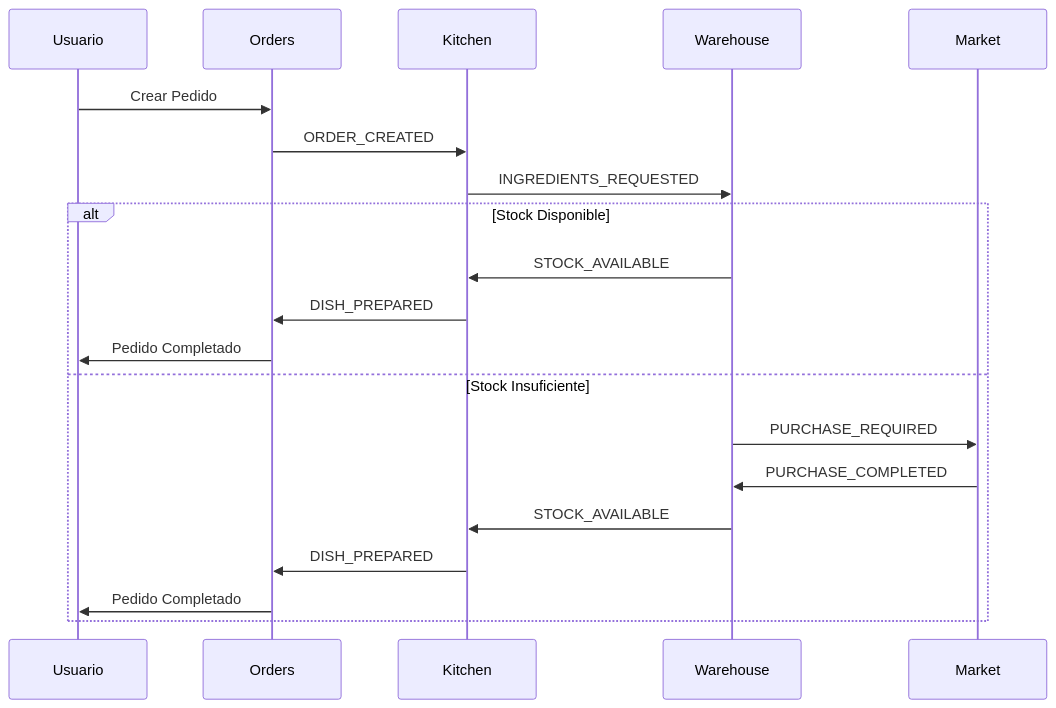
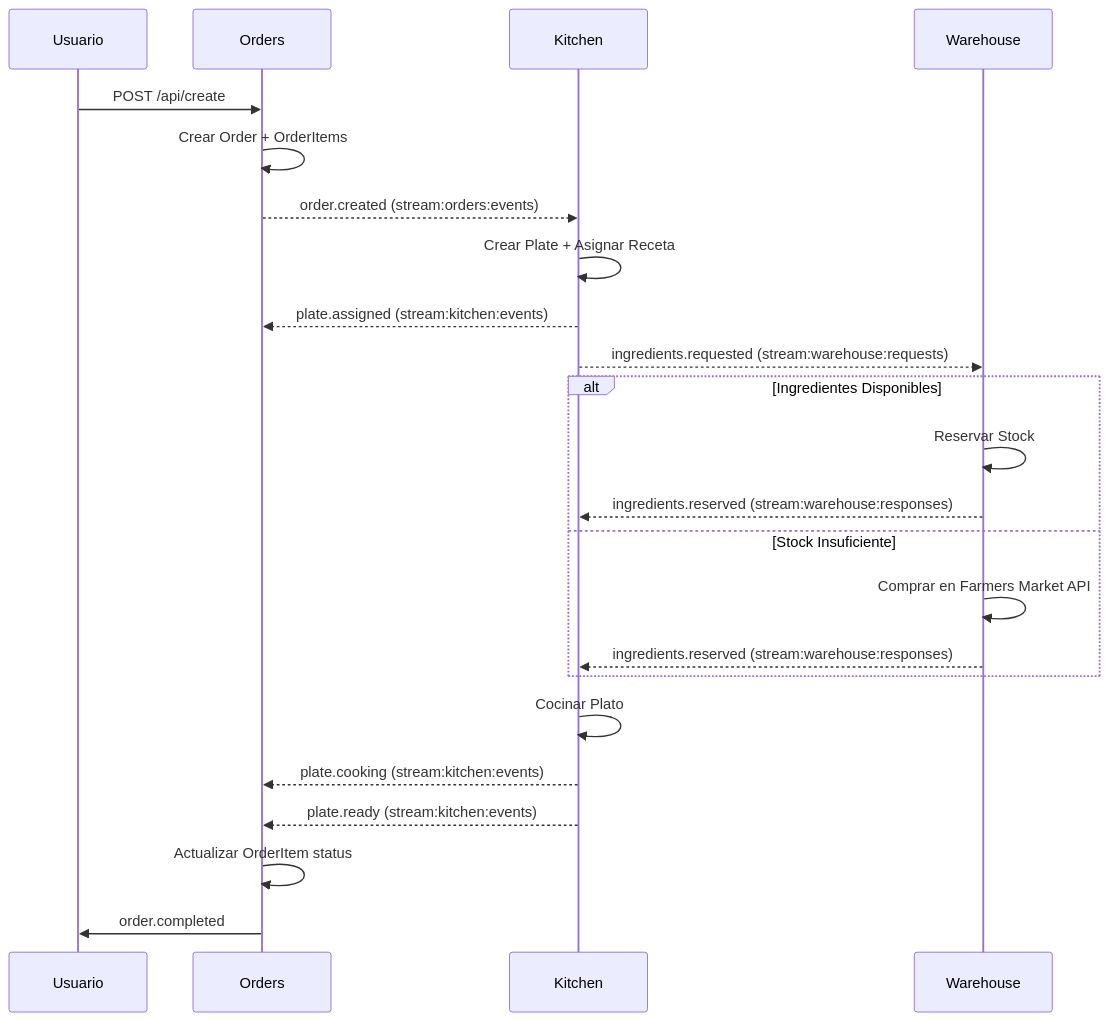
Before and after one commit to llulioscesar/freelunch: the diagram in README.md, drawn with Mermaid. The commit also changed other lines of this file and 15 other files, not shown here.

````diff
--- a/README.md
+++ b/README.md
@@ -322,23 +252,30 @@
 ```mermaid
 sequenceDiagram
     participant U as Usuario
     participant O as Orders
     participant K as Kitchen
     participant W as Warehouse
-    participant M as Market
 
-    U->>O: Crear Pedido
-    O->>K: ORDER_CREATED
-    K->>W: INGREDIENTS_REQUESTED
-    alt Stock Disponible
-        W->>K: STOCK_AVAILABLE
-        K->>O: DISH_PREPARED
-        O->>U: Pedido Completado
+    U->>O: POST /api/create
+    O->>O: Crear Order + OrderItems
+    O-->>K: order.created (stream:orders:events)
+
+    K->>K: Crear Plate + Asignar Receta
+    K-->>O: plate.assigned (stream:kitchen:events)
+    K-->>W: ingredients.requested (stream:warehouse:requests)
+
+    alt Ingredientes Disponibles
+        W->>W: Reservar Stock
+        W-->>K: ingredients.reserved (stream:warehouse:responses)
     else Stock Insuficiente
-        W->>M: PURCHASE_REQUIRED
-        M->>W: PURCHASE_COMPLETED
-        W->>K: STOCK_AVAILABLE
-        K->>O: DISH_PREPARED
-        O->>U: Pedido Completado
+        W->>W: Comprar en Farmers Market API
+        W-->>K: ingredients.reserved (stream:warehouse:responses)
     end
+
+    K->>K: Cocinar Plato
+    K-->>O: plate.cooking (stream:kitchen:events)
+    K-->>O: plate.ready (stream:kitchen:events)
+
+    O->>O: Actualizar OrderItem status
+    O->>U: order.completed
 ```
````
